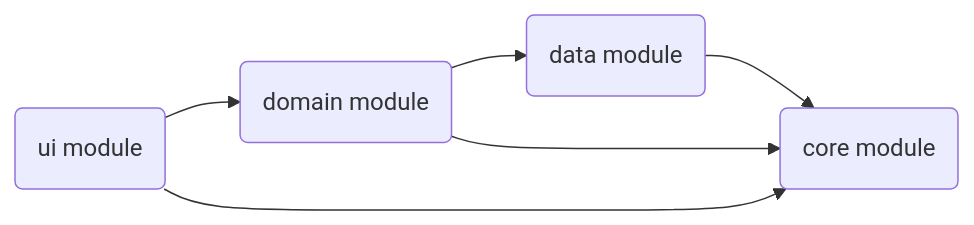
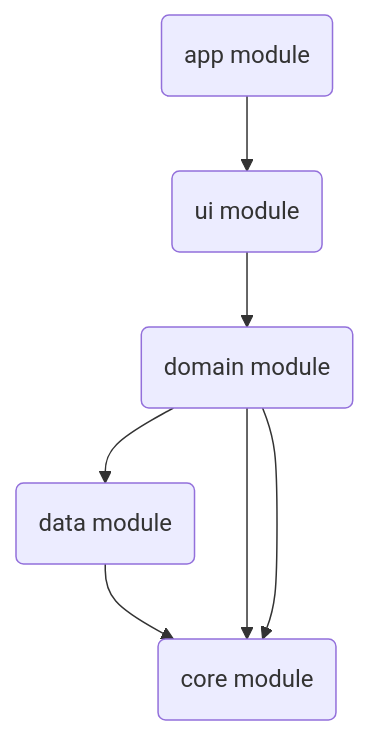
The diagram in README.md (Mathis679/TechnicalTestBeeFirst), drawn with Mermaid before and after one commit. The commit also changed 1 other file, not shown here.

Commit message:
[Doc] Write documentation

````diff
--- a/README.md
+++ b/README.md
@@ -28,8 +28,9 @@
 ```mermaid
-graph LR
-A(ui module) --> B(domain module)
-    B --> C(data module)
-    C --> D(core module)
-    B --> D
-    A --> D
+graph TB
+A(app module) --> B(ui module)
+    B --> C(domain module)
+    C --> D(data module)
+    D --> E(core module)
+    C --> E
+    C --> E
 ```
````
